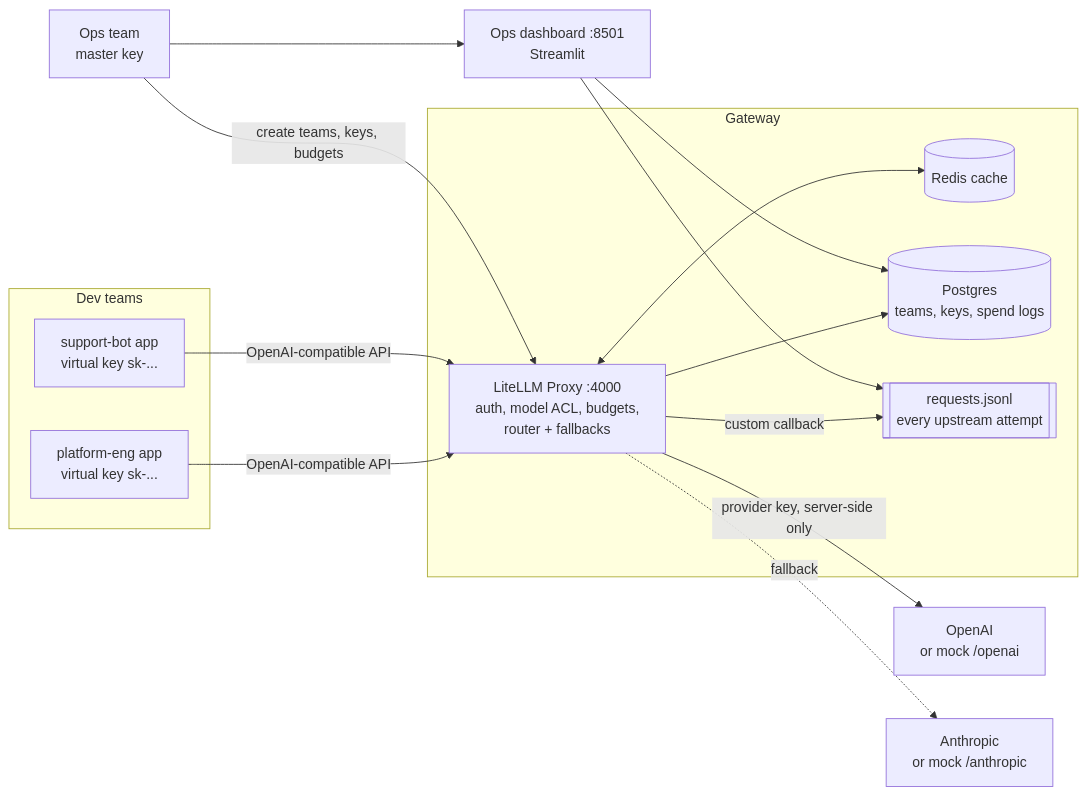
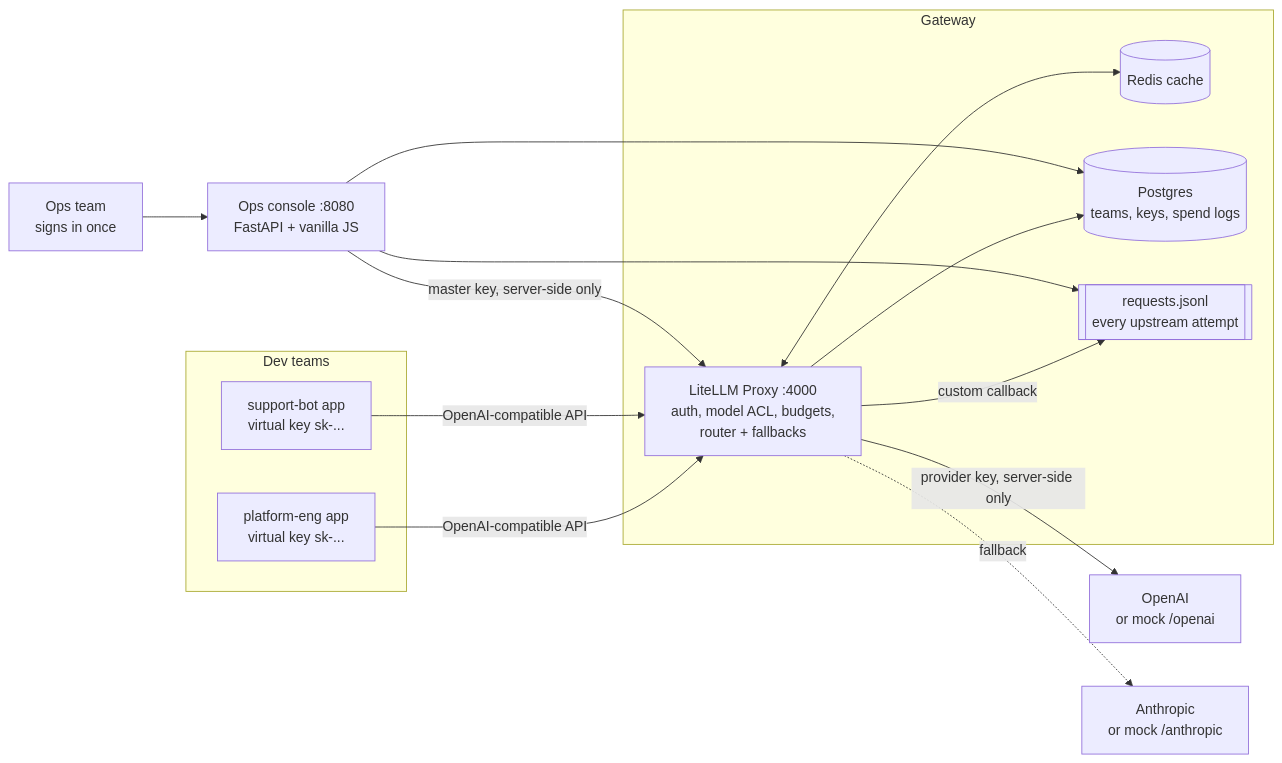
Before and after one commit to frragh4vv/llm-gateway-demo: the diagram in README.md, drawn with Mermaid. The commit also changed other lines of this file and 32 other files, not shown here.

First line of the commit message:
Ops console, litellm 1.108.13, restart fix and refreshed docs

````diff
--- a/README.md
+++ b/README.md
@@ -24,26 +26,27 @@
 ```mermaid
 flowchart LR
     subgraph Dev teams
       A[platform-eng app<br/>virtual key sk-...]
       B[support-bot app<br/>virtual key sk-...]
     end
     A & B -->|OpenAI-compatible API| P
 
     subgraph Gateway
       P[LiteLLM Proxy :4000<br/>auth, model ACL, budgets,<br/>router + fallbacks]
       C[(Redis cache)]
       D[(Postgres<br/>teams, keys, spend logs)]
       L[[requests.jsonl<br/>every upstream attempt]]
       P <--> C
       P --> D
       P -->|custom callback| L
     end
 
     P -->|provider key, server-side only| O[OpenAI<br/>or mock /openai]
     P -.->|fallback| N[Anthropic<br/>or mock /anthropic]
 
-    Ops[Ops team<br/>master key] -->|create teams, keys, budgets| P
-    Ops --> DB[Ops dashboard :8501<br/>Streamlit]
-    DB --> D
-    DB --> L
+    Ops[Ops team<br/>signs in once]
+    Ops --> CON[Ops console :8080<br/>FastAPI + vanilla JS]
+    CON -->|master key, server-side only| P
+    CON --> D
+    CON --> L
 ```
````
